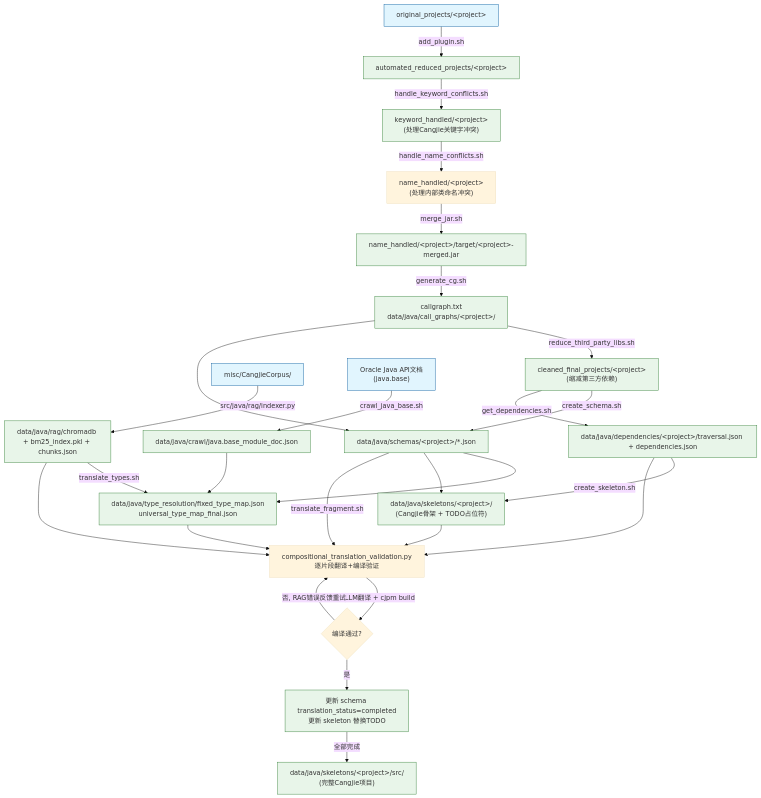
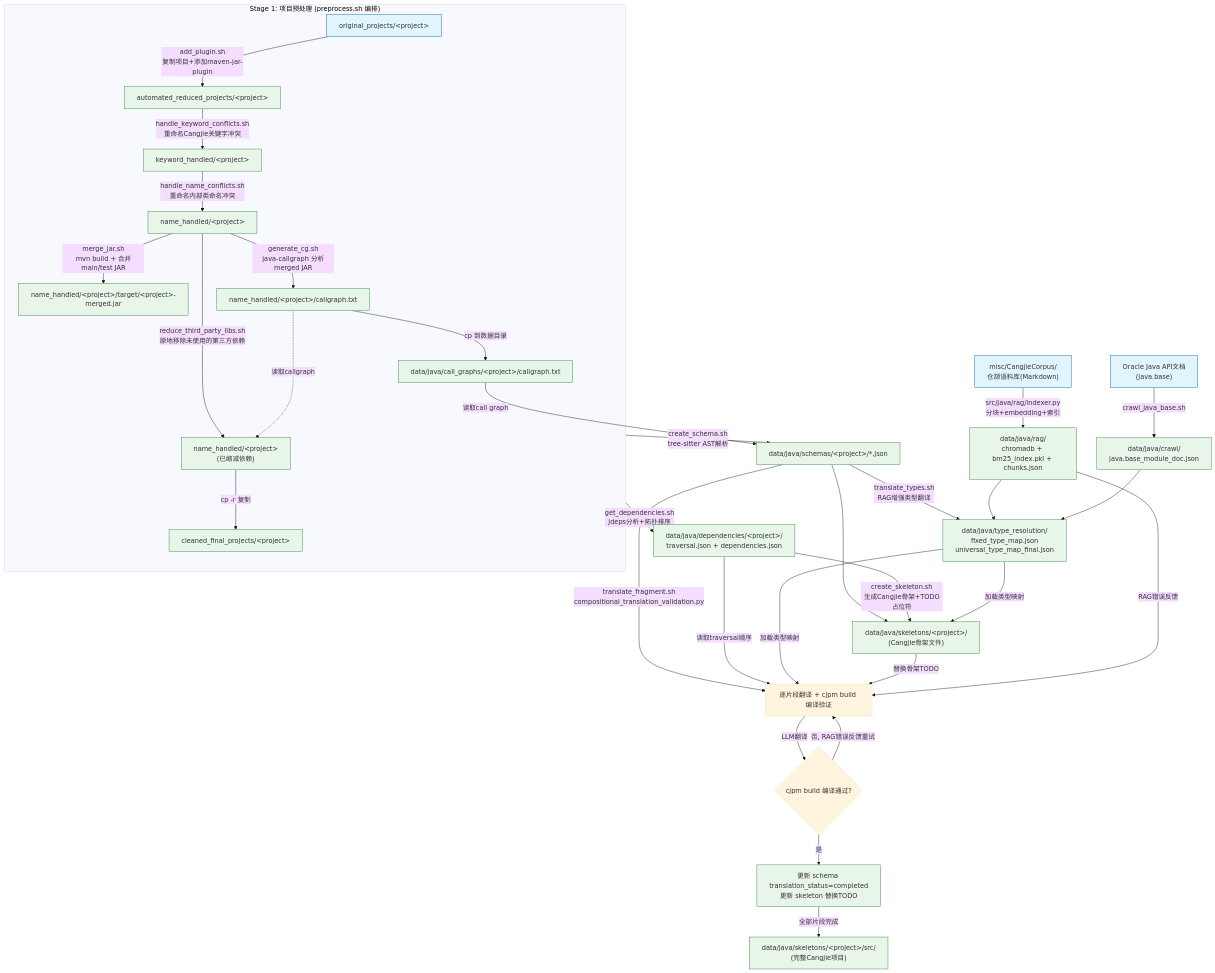
The diagram in docs/flowchart.md (hx062312/x2cangjie), drawn with Mermaid (base theme) before and after one commit. The commit also changed 898 other files, not shown here.

Commit message:
chore: 取消 git 对 data/java 的追踪，gitignore 添加 workspace 文件

````diff
--- a/docs/flowchart.md
+++ b/docs/flowchart.md
@@ -1,34 +1,46 @@
 ```mermaid
 flowchart TD
-    A1["original_projects/&lt;project&gt;"] -->|add_plugin.sh| A2["automated_reduced_projects/&lt;project&gt;"]
-    A2 -->|handle_keyword_conflicts.sh| A3["keyword_handled/&lt;project&gt;<br/>(处理Cangjie关键字冲突)"]
-    A3 -->|handle_name_conflicts.sh| A3b["name_handled/&lt;project&gt;<br/>(处理内部类命名冲突)"]
-    A3b -->|merge_jar.sh| A4["name_handled/&lt;project&gt;/target/&lt;project&gt;-merged.jar"]
-    A4 -->|generate_cg.sh| A5["callgraph.txt<br/>data/java/call_graphs/&lt;project&gt;/"]
-    A5 -->|reduce_third_party_libs.sh| A6["cleaned_final_projects/&lt;project&gt;<br/>(缩减第三方依赖)"]
-    A6 -->|create_schema.sh| C1["data/java/schemas/&lt;project&gt;/*.json"]
-    A5 --> C1
-    A6 -->|get_dependencies.sh| C2["data/java/dependencies/&lt;project&gt;/traversal.json + dependencies.json"]
-    D1["misc/CangjieCorpus/"] -->|src/java/rag/indexer.py| D2["data/java/rag/chromadb + bm25_index.pkl + chunks.json"]
-    D3["Oracle Java API文档<br/>(java.base)"] -->|crawl_java_base.sh| D4["data/java/crawl/java.base_module_doc.json"]
-    D2 -->|translate_types.sh| E1["data/java/type_resolution/fixed_type_map.json<br/>universal_type_map_final.json"]
+    subgraph Stage1["Stage 1: 项目预处理 (preprocess.sh 编排)"]
+        A1["original_projects/&lt;project&gt;"] -->|add_plugin.sh<br/>复制项目+添加maven-jar-plugin| A2["automated_reduced_projects/&lt;project&gt;"]
+        A2 -->|handle_keyword_conflicts.sh<br/>重命名Cangjie关键字冲突| A3["keyword_handled/&lt;project&gt;"]
+        A3 -->|handle_name_conflicts.sh<br/>重命名内部类命名冲突| A3b["name_handled/&lt;project&gt;"]
+        A3b -->|merge_jar.sh<br/>mvn build + 合并main/test JAR| A4["name_handled/&lt;project&gt;/target/&lt;project&gt;-merged.jar"]
+        A3b -->|generate_cg.sh<br/>java-callgraph 分析merged JAR| A5a["name_handled/&lt;project&gt;/callgraph.txt"]
+        A5a -->|cp 到数据目录| A5b["data/java/call_graphs/&lt;project&gt;/callgraph.txt"]
+        A3b -->|reduce_third_party_libs.sh<br/>原地移除未使用的第三方依赖| A5c["name_handled/&lt;project&gt;<br/>(已缩减依赖)"]
+        A5a -..->|读取callgraph| A5c
+        A5c -->|cp -r 复制| A6["cleaned_final_projects/&lt;project&gt;"]
+    end
+
+    Stage1 -->|create_schema.sh<br/>tree-sitter AST解析| C1["data/java/schemas/&lt;project&gt;/*.json"]
+    A5b -->|读取call graph| C1
+    Stage1 -->|get_dependencies.sh<br/>jdeps分析+拓扑排序| C2["data/java/dependencies/&lt;project&gt;/<br/>traversal.json + dependencies.json"]
+
+    D1["misc/CangjieCorpus/<br/>仓颉语料库(Markdown)"] -->|src/java/rag/indexer.py<br/>分块+embedding+索引| D2["data/java/rag/<br/>chromadb + bm25_index.pkl + chunks.json"]
+    D3["Oracle Java API文档<br/>(java.base)"] -->|crawl_java_base.sh| D4["data/java/crawl/<br/>java.base_module_doc.json"]
+
+    C1 -->|translate_types.sh<br/>RAG增强类型翻译| E1["data/java/type_resolution/<br/>fixed_type_map.json<br/>universal_type_map_final.json"]
+    D2 --> E1
     D4 --> E1
-    C1 --> E1
+
     C1 --> E2
-    C2 -->|create_skeleton.sh| E2["data/java/skeletons/&lt;project&gt;/<br/>(Cangjie骨架 + TODO占位符)"]
-    C1 -->|translate_fragment.sh| F1["compositional_translation_validation.py<br/>逐片段翻译+编译验证"]
-    C2 --> F1
-    E1 --> F1
-    E2 --> F1
-    D2 --> F1
-    F1 -->|LLM翻译 + cjpm build| F2{"编译通过?"}
+    C2 -->|create_skeleton.sh<br/>生成Cangjie骨架+TODO占位符| E2["data/java/skeletons/&lt;project&gt;/<br/>(Cangjie骨架文件)"]
+    E1 -->|加载类型映射| E2
+
+    C1 -->|translate_fragment.sh<br/>compositional_translation_validation.py| F1["逐片段翻译 + cjpm build 编译验证"]
+    C2 -->|读取traversal顺序| F1
+    E1 -->|加载类型映射| F1
+    E2 -->|替换骨架TODO| F1
+    D2 -->|RAG错误反馈| F1
+    F1 -->|LLM翻译| F2{"cjpm build 编译通过?"}
     F2 -->|否, RAG错误反馈重试| F1
     F2 -->|是| F3["更新 schema translation_status=completed<br/>更新 skeleton 替换TODO"]
-    F3 -->|全部完成| F4["data/java/skeletons/&lt;project&gt;/src/<br/>(完整Cangjie项目)"]
+    F3 -->|全部片段完成| F4["data/java/skeletons/&lt;project&gt;/src/<br/>(完整Cangjie项目)"]
 
     classDef input fill:#e1f5fe,stroke:#01579b
     classDef output fill:#e8f5e9,stroke:#2e7d32
+    classDef stage fill:#fff3e0,stroke:#e65100
 
     class A1,D1,D3 input
-    class A2,A3,A4,A5,A6,C1,C2,D2,D4,E1,E2,F3,F4 output
+    class A2,A3,A3b,A4,A5a,A5b,A5c,A6,C1,C2,D2,D4,E1,E2,F3,F4 output
 ```
````
